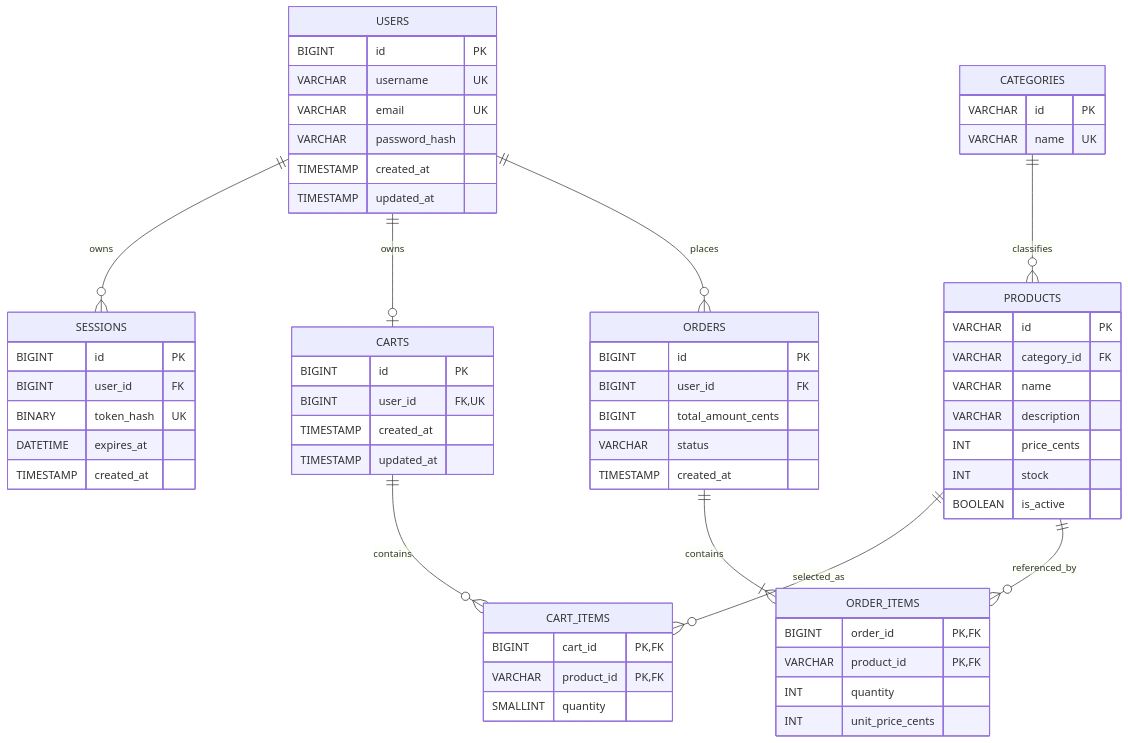
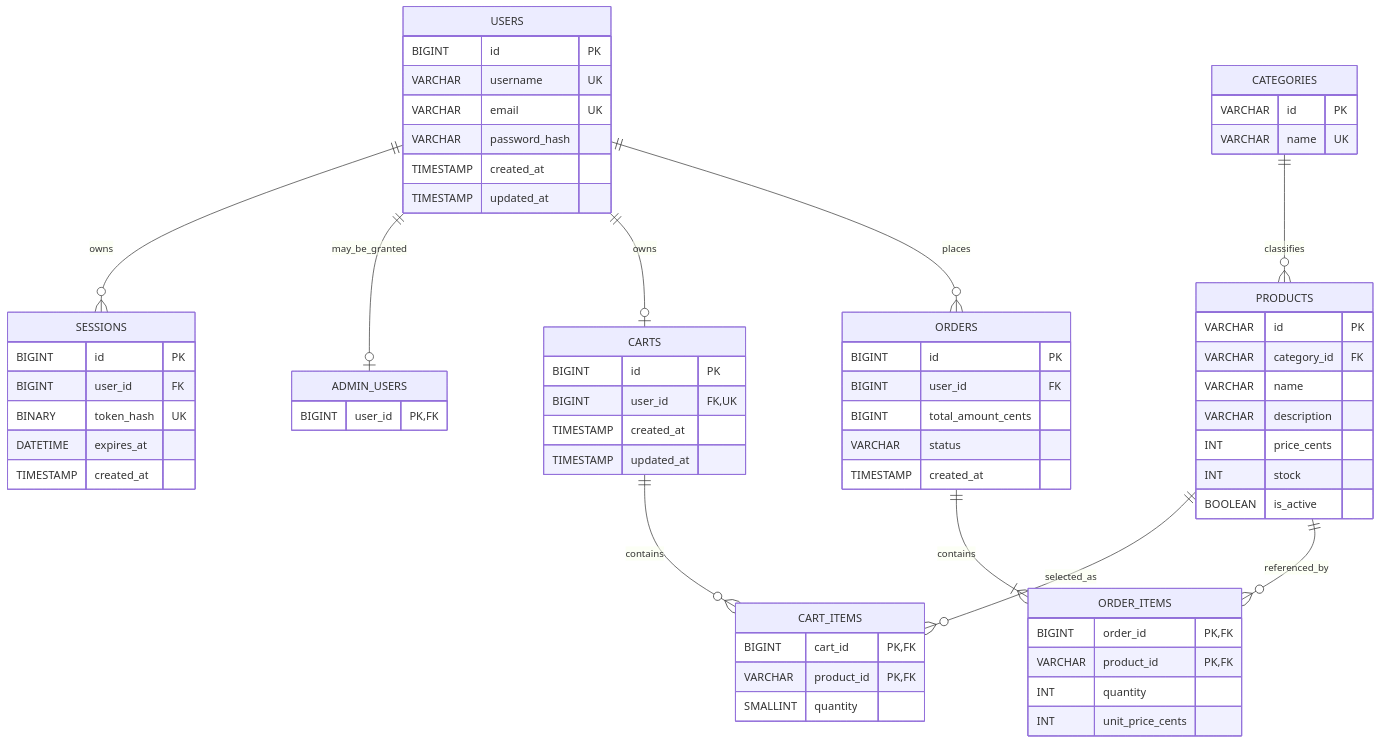
One commit to StartYR/e-commerce changed the diagram in docs/database.md. Above: the diagram before and after it, drawn with Mermaid. The commit also changed other lines of this file and 25 other files, not shown here.

````diff
--- a/docs/database.md
+++ b/docs/database.md
@@ -7,64 +7,68 @@
 ```mermaid
 erDiagram
     USERS ||--o{ SESSIONS : owns
+    USERS ||--o| ADMIN_USERS : may_be_granted
     USERS ||--o| CARTS : owns
     CARTS ||--o{ CART_ITEMS : contains
     CATEGORIES ||--o{ PRODUCTS : classifies
     PRODUCTS ||--o{ CART_ITEMS : selected_as
     USERS ||--o{ ORDERS : places
     ORDERS ||--|{ ORDER_ITEMS : contains
     PRODUCTS ||--o{ ORDER_ITEMS : referenced_by
 
     USERS {
         BIGINT id PK
         VARCHAR username UK
         VARCHAR email UK
         VARCHAR password_hash
         TIMESTAMP created_at
         TIMESTAMP updated_at
     }
     SESSIONS {
         BIGINT id PK
         BIGINT user_id FK
         BINARY token_hash UK
         DATETIME expires_at
         TIMESTAMP created_at
+    }
+    ADMIN_USERS {
+        BIGINT user_id PK, FK
     }
     CATEGORIES {
         VARCHAR id PK
         VARCHAR name UK
     }
     PRODUCTS {
         VARCHAR id PK
         VARCHAR category_id FK
         VARCHAR name
         VARCHAR description
         INT price_cents
         INT stock
         BOOLEAN is_active
     }
     CARTS {
         BIGINT id PK
         BIGINT user_id FK, UK
         TIMESTAMP created_at
         TIMESTAMP updated_at
     }
     CART_ITEMS {
         BIGINT cart_id PK, FK
         VARCHAR product_id PK, FK
         SMALLINT quantity
     }
     ORDERS {
         BIGINT id PK
         BIGINT user_id FK
         BIGINT total_amount_cents
         VARCHAR status
         TIMESTAMP created_at
     }
     ORDER_ITEMS {
         BIGINT order_id PK, FK
         VARCHAR product_id PK, FK
         INT quantity
         INT unit_price_cents
     }
 ```
````
